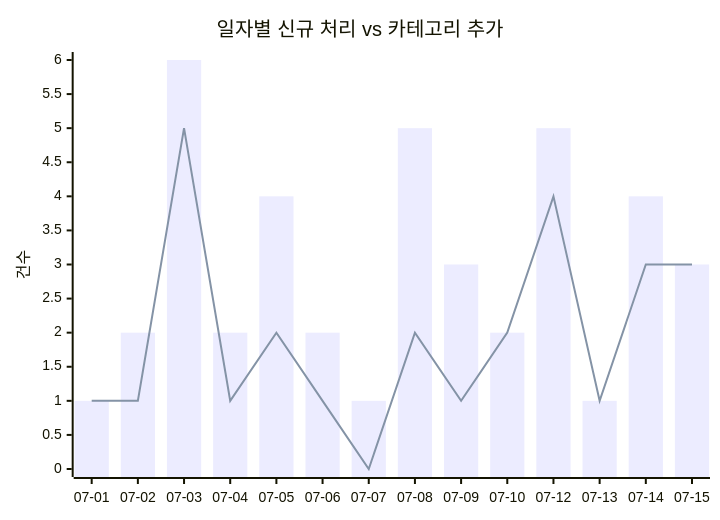
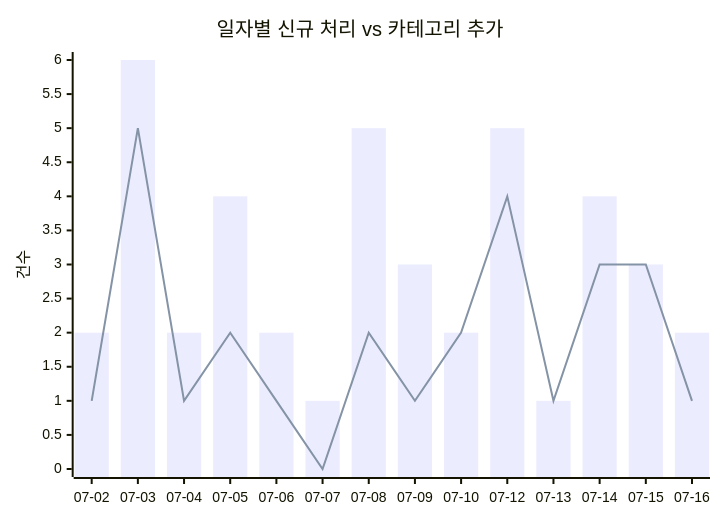
The first of 2 diagrams in docs/trends.md (J-nowcow/awesome-korean-agent-skills), drawn with Mermaid before and after one commit. The commit also changed other lines of this file and 4 other files, not shown here.

````diff
--- a/docs/trends.md
+++ b/docs/trends.md
@@ -32,8 +32,8 @@
 ```mermaid
 xychart-beta
     title "일자별 신규 처리 vs 카테고리 추가"
-    x-axis ["07-01","07-02","07-03","07-04","07-05","07-06","07-07","07-08","07-09","07-10","07-12","07-13","07-14","07-15"]
+    x-axis ["07-02","07-03","07-04","07-05","07-06","07-07","07-08","07-09","07-10","07-12","07-13","07-14","07-15","07-16"]
     y-axis "건수"
-    bar [1,2,6,2,4,2,1,5,3,2,5,1,4,3]
-    line [1,1,5,1,2,1,0,2,1,2,4,1,3,3]
+    bar [2,6,2,4,2,1,5,3,2,5,1,4,3,2]
+    line [1,5,1,2,1,0,2,1,2,4,1,3,3,1]
 ```
````
